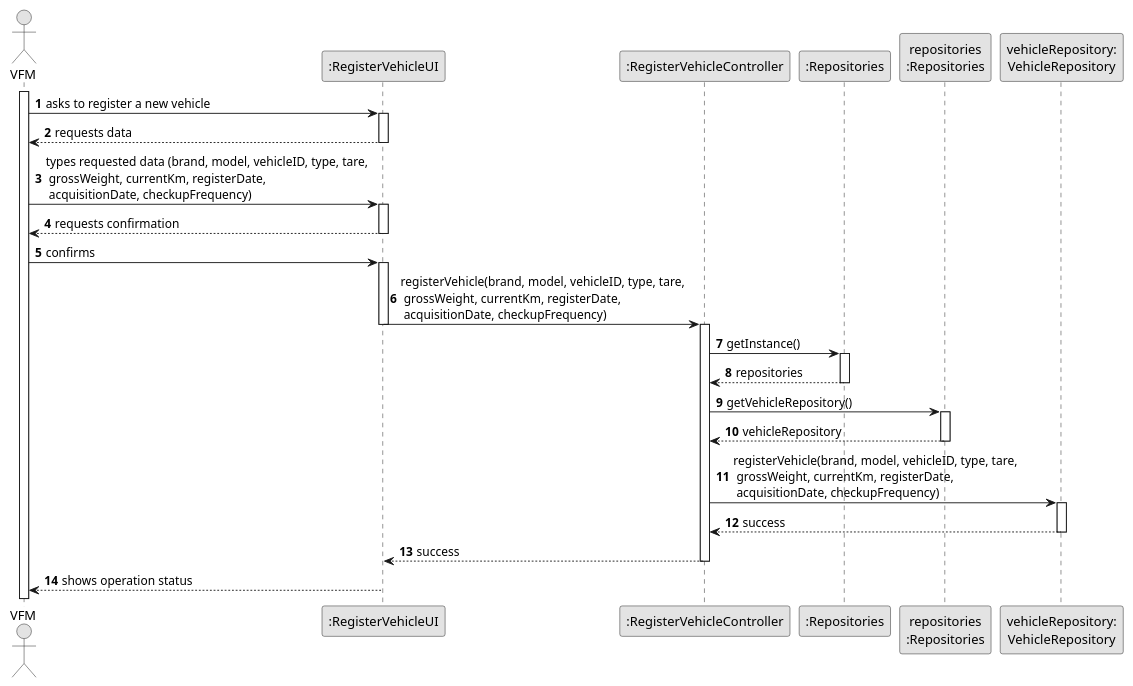
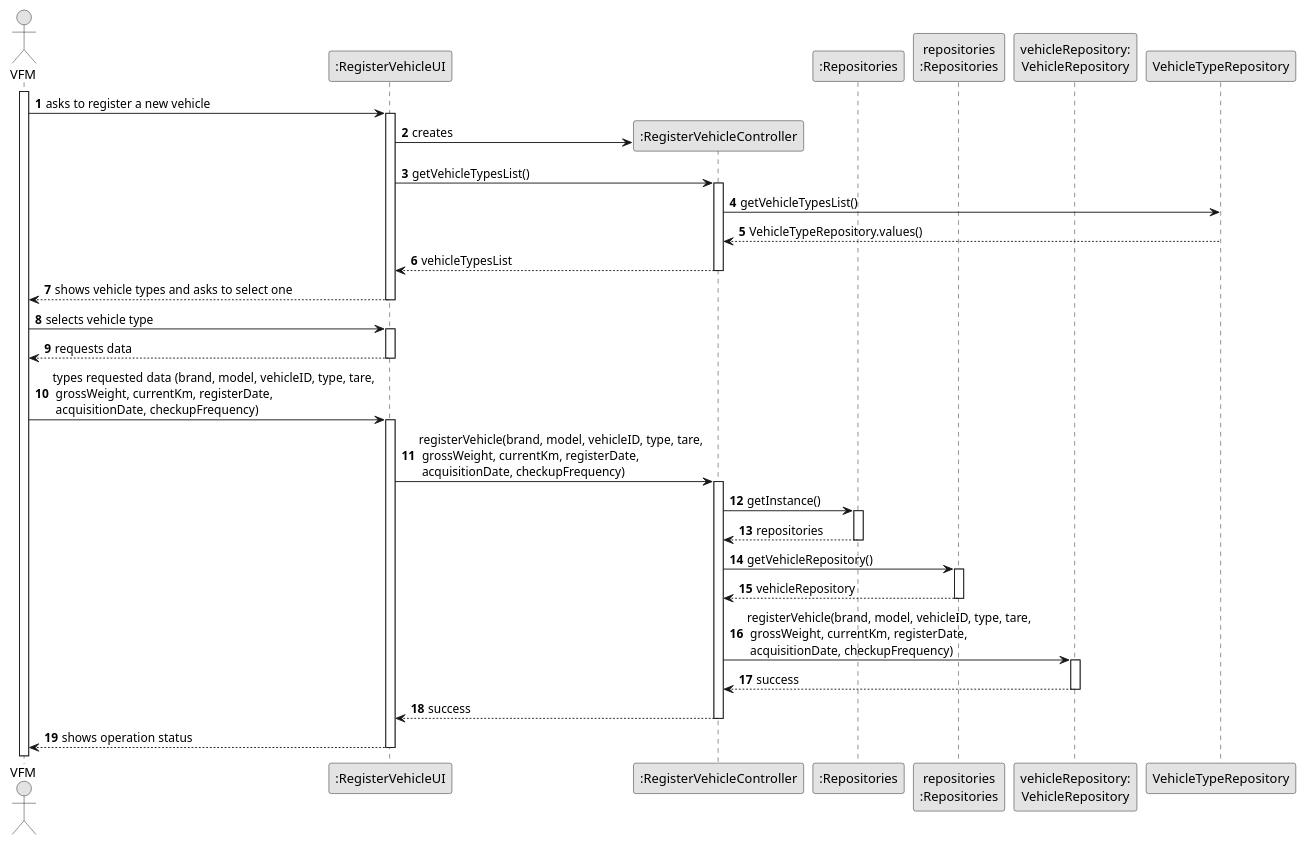
The diagram in docs/sprintB/us006/03.design/puml/us006-sequence-diagram-full.puml (Departamento-de-Engenharia-Informatica/lei-24-s2-1do-g164), drawn with PlantUML before and after one commit. The commit also changed 6 other files, not shown here.

```diff
--- a/docs/sprintB/us006/03.design/puml/us006-sequence-diagram-full.puml
+++ b/docs/sprintB/us006/03.design/puml/us006-sequence-diagram-full.puml
@@ -1,74 +1,78 @@
 @startuml
 skinparam monochrome true
 skinparam packageStyle rectangle
 skinparam shadowing false
 
 autonumber
 
 'hide footbox
 actor " VFM" as ADM
 participant ":RegisterVehicleUI" as UI
 participant ":RegisterVehicleController" as CTRL
 participant ":Repositories" as RepositorySingleton
 participant "repositories\n:Repositories" as PLAT
 participant "vehicleRepository:\nVehicleRepository" as VehicleRepository
+participant "VehicleTypeRepository" as VTPR
 
 activate ADM
 
         ADM -> UI : asks to register a new vehicle
 
         activate UI
 
-'            UI --> ADM : requests data (reference, description,  informal \n description, technical description, duration, cost)
-            'create CTRL
+        UI -> CTRL **: creates
+        UI -> CTRL : getVehicleTypesList()
+        activate CTRL
+        CTRL -> VTPR : getVehicleTypesList()
+        VTPR --> CTRL : VehicleTypeRepository.values()
+        CTRL --> UI : vehicleTypesList
+        deactivate CTRL
+
+            UI --> ADM : shows vehicle types and asks to select one
+            deactivate UI
+            ADM -> UI :  selects vehicle type
+            activate UI
+            UI --> ADM : requests data
+            deactivate UI
 
 
-            UI --> ADM : requests data
-        deactivate UI
+    ADM -> UI : types requested data (brand, model, vehicleID, type, tare,\n grossWeight, currentKm, registerDate,\n acquisitionDate, checkupFrequency)
+            activate UI
 
-    ADM -> UI : types requested data (brand, model, vehicleID, type, tare,\n grossWeight, currentKm, registerDate,\n acquisitionDate, checkupFrequency)
-    activate UI
-
-        UI --> ADM : requests confirmation
-    deactivate UI
-
-    ADM -> UI : confirms
-    activate UI
 
         UI -> CTRL : registerVehicle(brand, model, vehicleID, type, tare,\n grossWeight, currentKm, registerDate,\n acquisitionDate, checkupFrequency)
-        deactivate UI
         activate CTRL
 
 
 
                 CTRL -> RepositorySingleton : getInstance()
                 activate RepositorySingleton
 
                     RepositorySingleton --> CTRL: repositories
                 deactivate RepositorySingleton
 
                 CTRL -> PLAT : getVehicleRepository()
                 activate PLAT
 
                     PLAT --> CTRL : vehicleRepository
                 deactivate PLAT
 
                 CTRL -> VehicleRepository : registerVehicle(brand, model, vehicleID, type, tare,\n grossWeight, currentKm, registerDate,\n acquisitionDate, checkupFrequency)
                 activate VehicleRepository
 
 
 
 
                     VehicleRepository --> CTRL : success
 
                 deactivate VehicleRepository
 
                     CTRL --> UI : success
                     deactivate CTRL
                     UI --> ADM : shows operation status
                     deactivate UI
             deactivate CTRL
 
 
 
 @enduml
```
